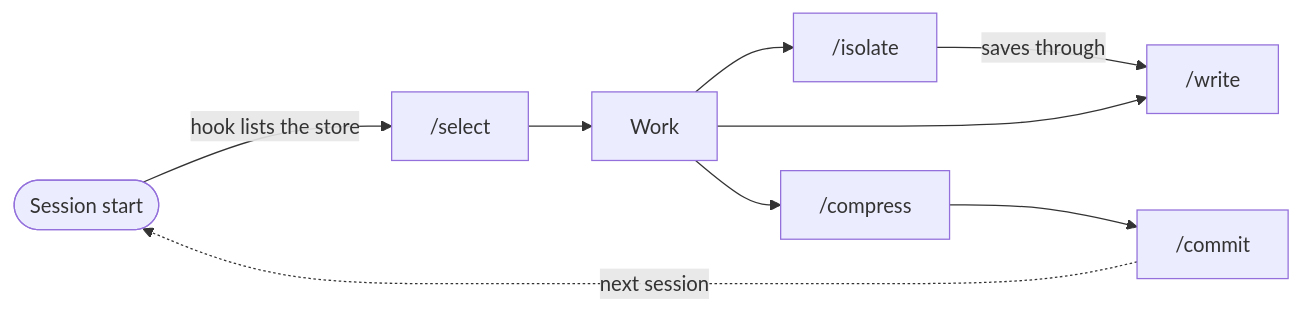
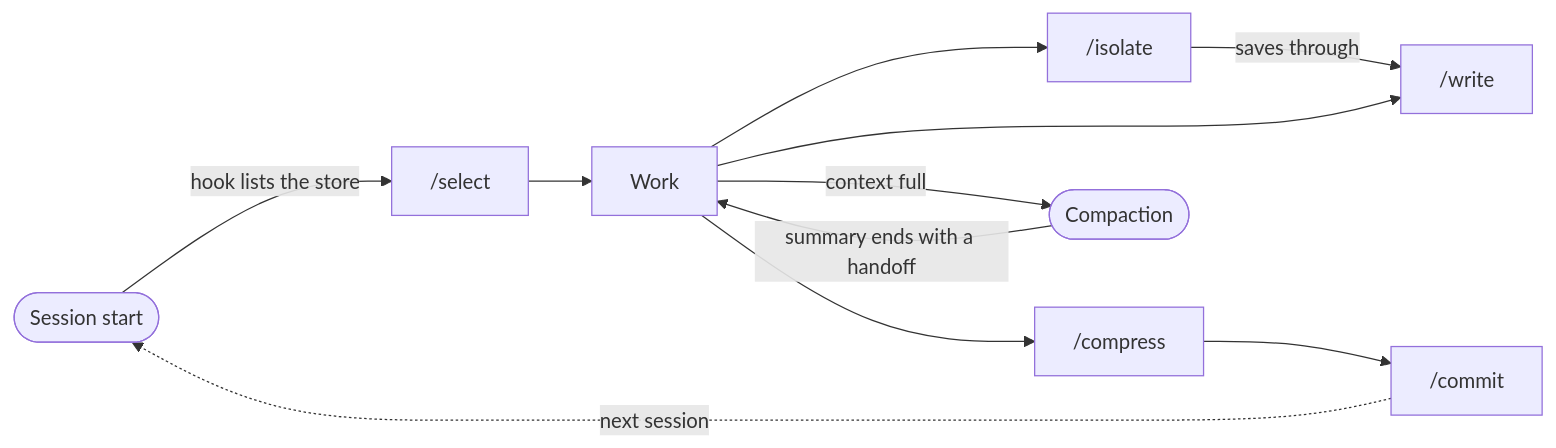
The diagram in plugins/wisci/README.md (ph3on1x/agent-plugins-skills), drawn with Mermaid before and after one commit. The commit also changed other lines of this file, not shown here.

First line of the commit message:
docs(wisci): explain handoffs at every compaction

````diff
--- a/plugins/wisci/README.md
+++ b/plugins/wisci/README.md
@@ -92,11 +94,13 @@
 ```mermaid
 flowchart LR
     start([Session start]) -->|hook lists the store| select["/select"]
     select --> work[Work]
     work --> isolate["/isolate"]
     isolate -->|saves through| write["/write"]
     work --> write
     work --> compress["/compress"]
+    work -->|context full| compact(["Compaction"])
+    compact -->|summary ends with a handoff| work
     compress --> commit["/commit"]
     commit -.->|next session| start
 ```
````
